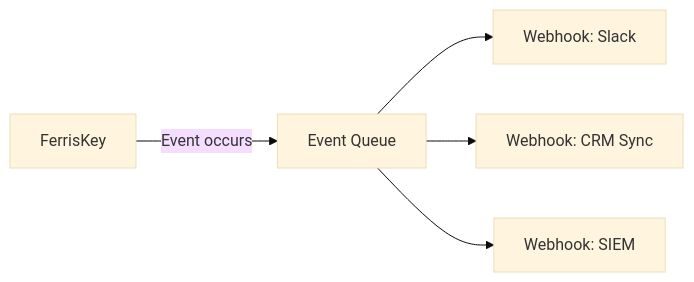
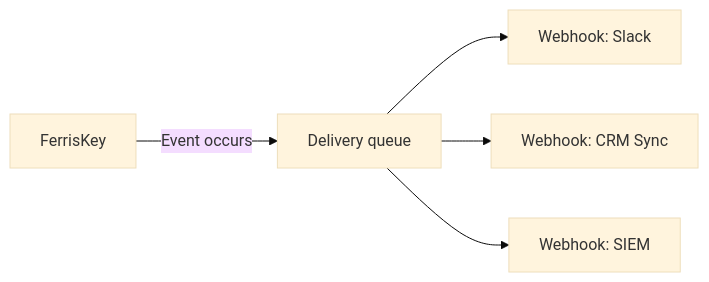
Before and after one commit to ferriskey/website: the diagram in apps/docs/src/content/docs/modules/default/en/webhooks/overview.mdx, drawn with Mermaid (base theme). The commit also changed other lines of this file and 152 other files, not shown here.

First line of the commit message:
docs: resync the documentation with FerrisKey 0.10.0 (#18)

````diff
--- a/apps/docs/src/content/docs/modules/default/en/webhooks/overview.mdx
+++ b/apps/docs/src/content/docs/modules/default/en/webhooks/overview.mdx
@@ -20,7 +20,7 @@
 ```mermaid
 graph LR
-    FK[FerrisKey] -->|Event occurs| Q[Event Queue]
+    FK[FerrisKey] -->|Event occurs| Q[Delivery queue]
     Q --> W1[Webhook: Slack]
     Q --> W2[Webhook: CRM Sync]
     Q --> W3[Webhook: SIEM]
 ```
````
